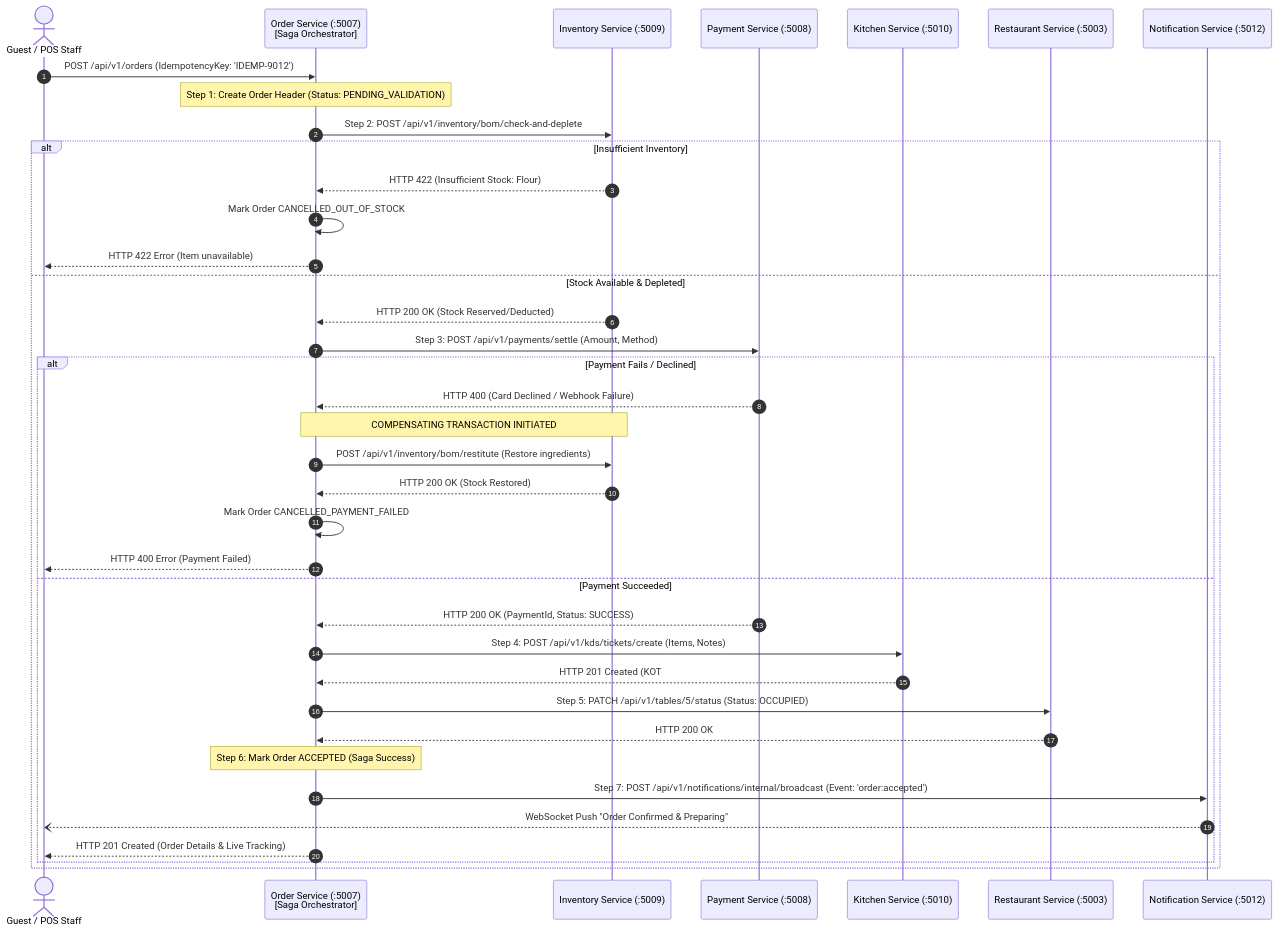
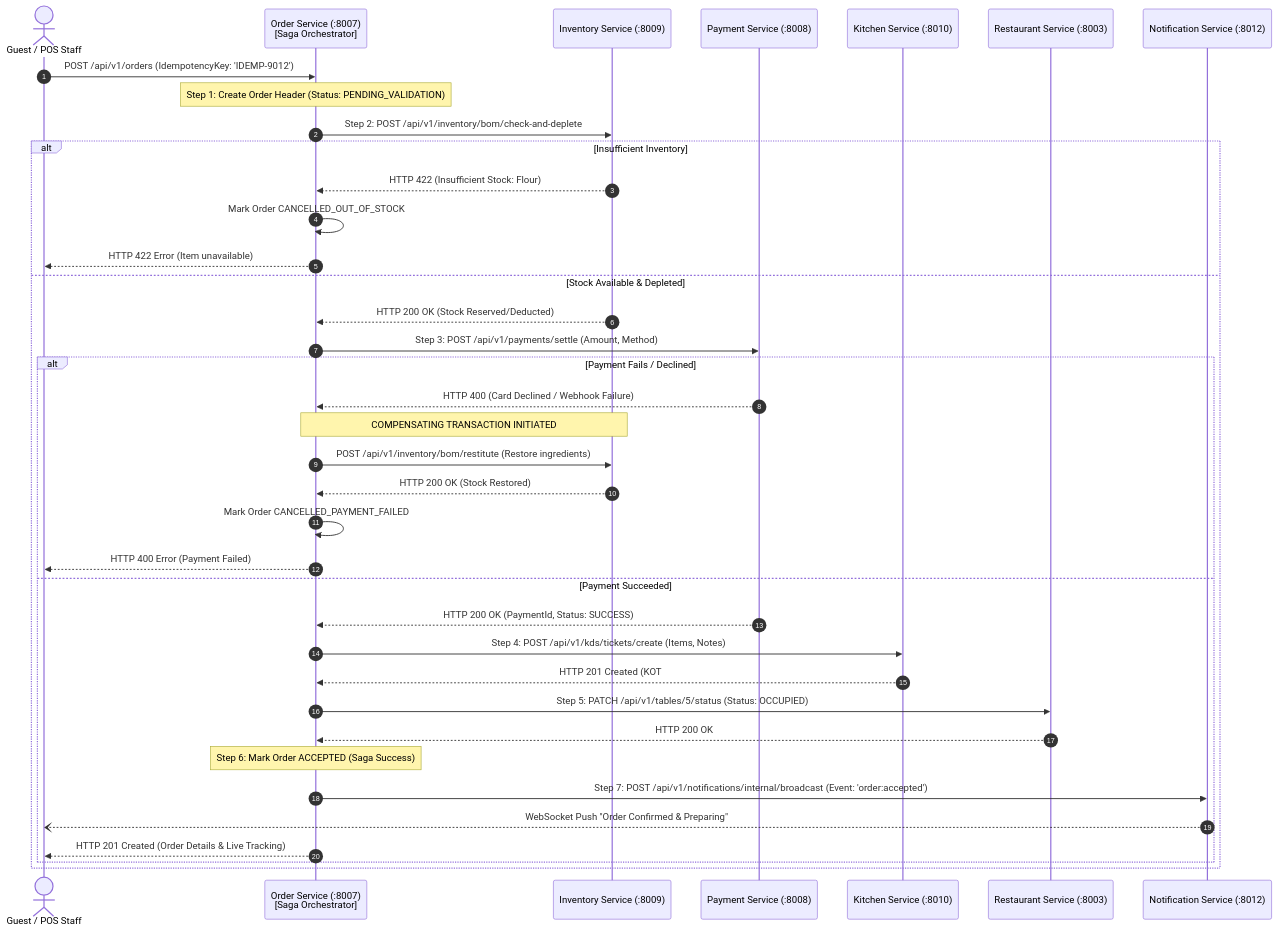
Before and after one commit to kishore-9959/restaurant-management-system: the diagram in documentation/DISTRIBUTED_TRANSACTION_DESIGN.md, drawn with Mermaid. The commit also changed 125 other files, not shown here.

````diff
--- a/documentation/DISTRIBUTED_TRANSACTION_DESIGN.md
+++ b/documentation/DISTRIBUTED_TRANSACTION_DESIGN.md
@@ -19,47 +19,47 @@
 ```mermaid
 sequenceDiagram
     autonumber
     actor Customer as Guest / POS Staff
-    participant OrderSvc as Order Service (:5007)<br/>[Saga Orchestrator]
-    participant InvSvc as Inventory Service (:5009)
-    participant PaySvc as Payment Service (:5008)
-    participant KitchenSvc as Kitchen Service (:5010)
-    participant RestSvc as Restaurant Service (:5003)
-    participant NotifSvc as Notification Service (:5012)
+    participant OrderSvc as Order Service (:8007)<br/>[Saga Orchestrator]
+    participant InvSvc as Inventory Service (:8009)
+    participant PaySvc as Payment Service (:8008)
+    participant KitchenSvc as Kitchen Service (:8010)
+    participant RestSvc as Restaurant Service (:8003)
+    participant NotifSvc as Notification Service (:8012)
 
     Customer->>OrderSvc: POST /api/v1/orders (IdempotencyKey: 'IDEMP-9012')
     Note over OrderSvc: Step 1: Create Order Header (Status: PENDING_VALIDATION)
 
     OrderSvc->>InvSvc: Step 2: POST /api/v1/inventory/bom/check-and-deplete
     alt Insufficient Inventory
         InvSvc-->>OrderSvc: HTTP 422 (Insufficient Stock: Flour)
         OrderSvc->>OrderSvc: Mark Order CANCELLED_OUT_OF_STOCK
         OrderSvc-->>Customer: HTTP 422 Error (Item unavailable)
     else Stock Available & Depleted
         InvSvc-->>OrderSvc: HTTP 200 OK (Stock Reserved/Deducted)
 
         OrderSvc->>PaySvc: Step 3: POST /api/v1/payments/settle (Amount, Method)
         alt Payment Fails / Declined
             PaySvc-->>OrderSvc: HTTP 400 (Card Declined / Webhook Failure)
             Note over OrderSvc, InvSvc: COMPENSATING TRANSACTION INITIATED
             OrderSvc->>InvSvc: POST /api/v1/inventory/bom/restitute (Restore ingredients)
             InvSvc-->>OrderSvc: HTTP 200 OK (Stock Restored)
             OrderSvc->>OrderSvc: Mark Order CANCELLED_PAYMENT_FAILED
             OrderSvc-->>Customer: HTTP 400 Error (Payment Failed)
         else Payment Succeeded
             PaySvc-->>OrderSvc: HTTP 200 OK (PaymentId, Status: SUCCESS)
 
             OrderSvc->>KitchenSvc: Step 4: POST /api/v1/kds/tickets/create (Items, Notes)
             KitchenSvc-->>OrderSvc: HTTP 201 Created (KOT #1004)
 
             OrderSvc->>RestSvc: Step 5: PATCH /api/v1/tables/5/status (Status: OCCUPIED)
             RestSvc-->>OrderSvc: HTTP 200 OK
 
             Note over OrderSvc: Step 6: Mark Order ACCEPTED (Saga Success)
 
             OrderSvc->>NotifSvc: Step 7: POST /api/v1/notifications/internal/broadcast (Event: 'order:accepted')
             NotifSvc--)Customer: WebSocket Push "Order Confirmed & Preparing"
             OrderSvc-->>Customer: HTTP 201 Created (Order Details & Live Tracking)
         end
     end
 ```
````
